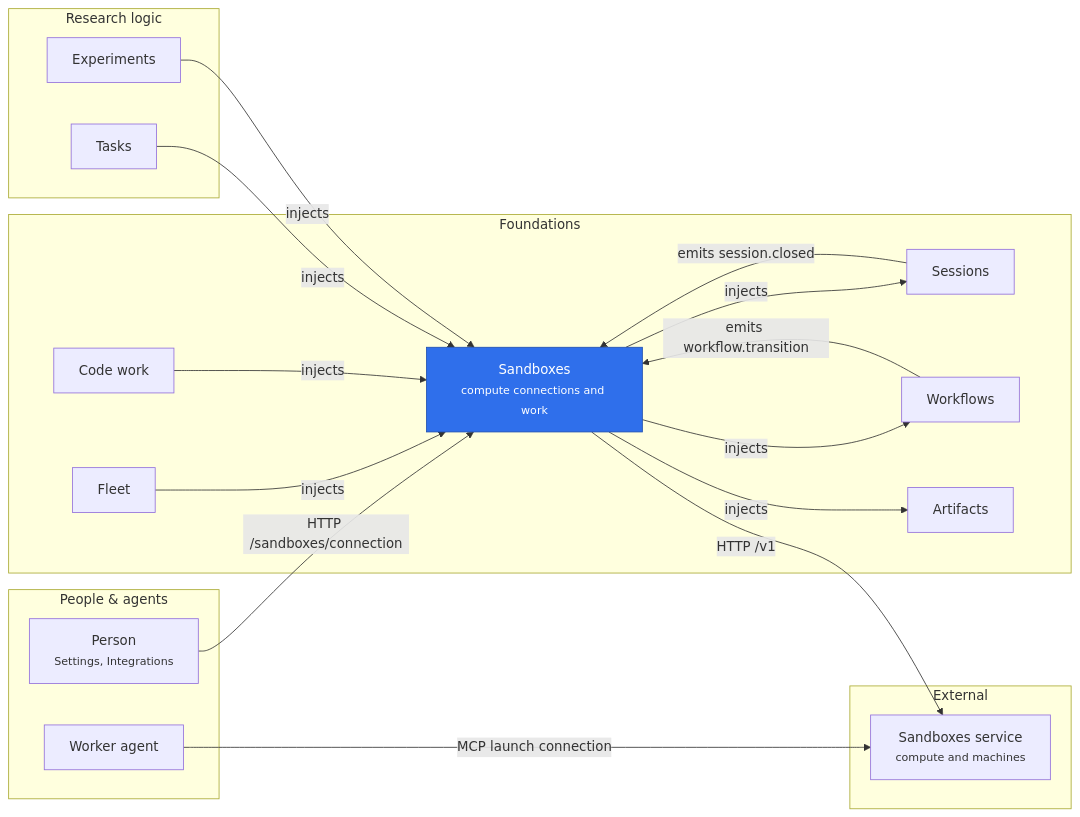
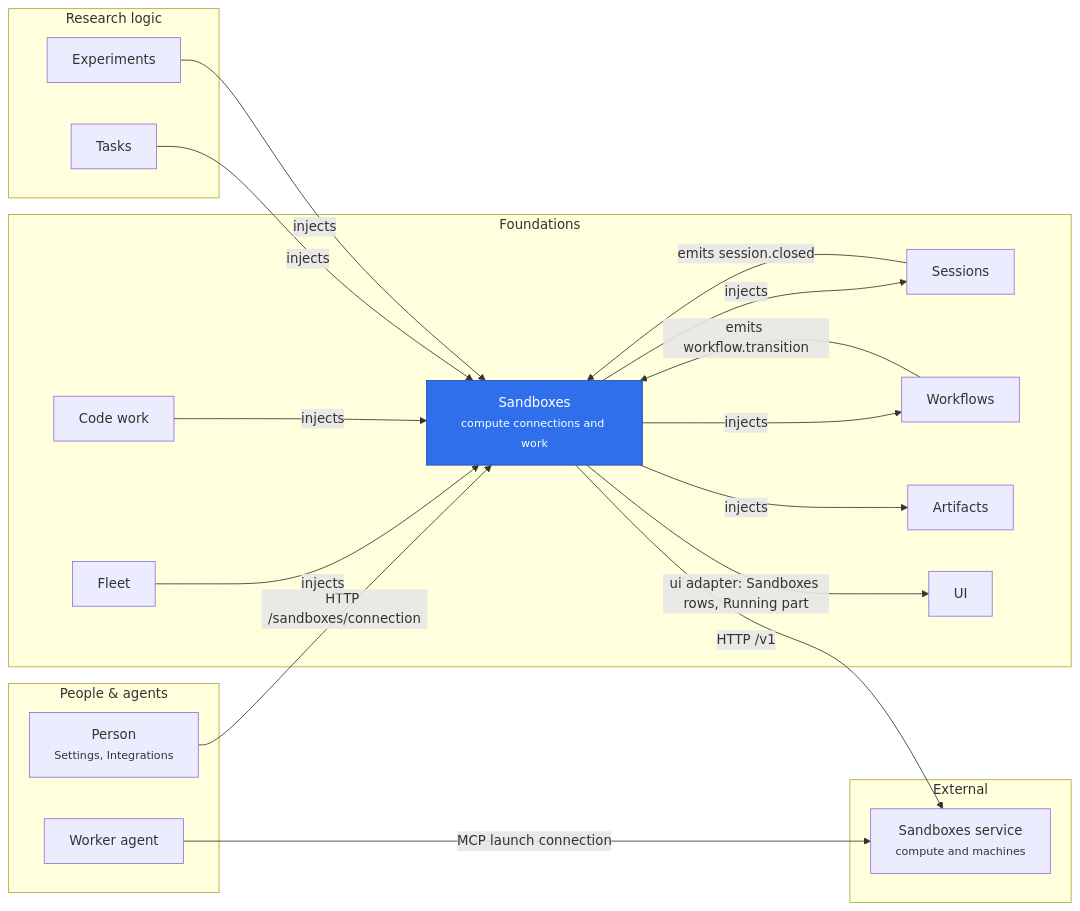
Before and after one commit to rapidreview-io/Merv: the diagram in merv-typescript/packages/sandboxes/README.md, drawn with Mermaid. The commit also changed 6 other files, not shown here.

First line of the commit message:
Draw the Scope injection and the Fleet and Sandboxes UI adapters in their diagrams

````diff
--- a/merv-typescript/packages/sandboxes/README.md
+++ b/merv-typescript/packages/sandboxes/README.md
@@ -5,36 +5,38 @@
 ```mermaid
 flowchart LR
   subgraph peopleLayer["People & agents"]
     person["Person<br/><small>Settings, Integrations</small>"]
     workerAgent["Worker agent"]
   end
   subgraph researchLayer["Research logic"]
     tasks["Tasks"]
     experiments["Experiments"]
   end
   subgraph foundationsLayer["Foundations"]
     sandboxes["Sandboxes<br/><small>compute connections and work</small>"]
     sessions["Sessions"]
     workflows["Workflows"]
     artifacts["Artifacts"]
     fleet["Fleet"]
     codeWork["Code work"]
+    ui["UI"]
   end
   subgraph externalLayer["External"]
     sandboxesService["Sandboxes service<br/><small>compute and machines</small>"]
   end
   person -- "HTTP /sandboxes/connection" --> sandboxes
   sandboxes -- "HTTP /v1" --> sandboxesService
   workerAgent -- "MCP launch connection" --> sandboxesService
   sandboxes -- "injects" --> sessions
   sandboxes -- "injects" --> artifacts
   sandboxes -- "injects" --> workflows
+  sandboxes -- "ui adapter: Sandboxes rows, Running part" --> ui
   sessions -- "emits session.closed" --> sandboxes
   workflows -- "emits workflow.transition" --> sandboxes
   fleet -- "injects" --> sandboxes
   codeWork -- "injects" --> sandboxes
   tasks -- "injects" --> sandboxes
   experiments -- "injects" --> sandboxes
   classDef self fill:#2f6feb,color:#fff,stroke:#1f4fb0
   class sandboxes self
 ```
````
